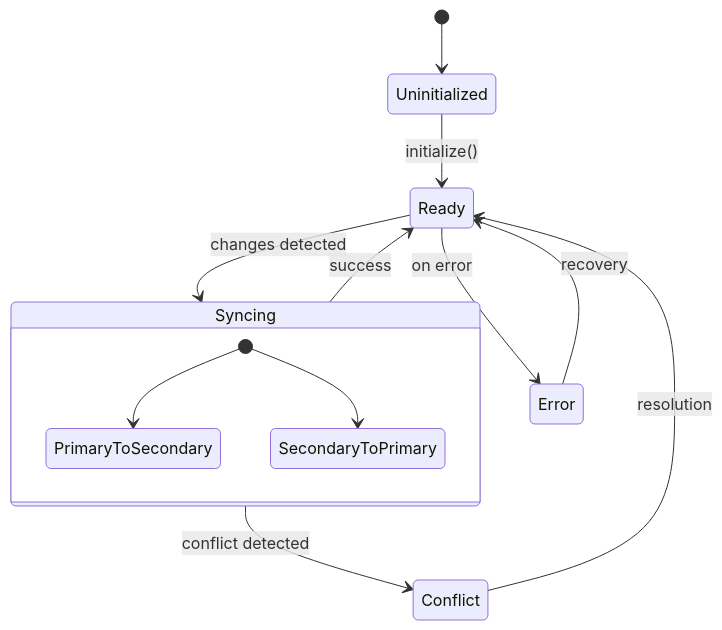
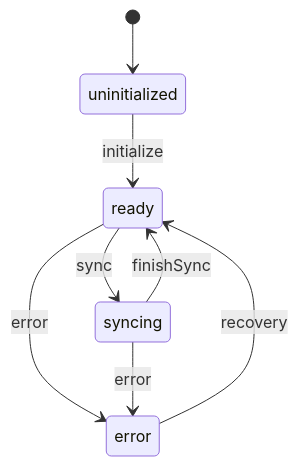
The fifth of 17 diagrams in packages/files-management/README.md (mrsimpson/piddie), drawn with Mermaid before and after one commit. The commit also changed other lines of this file and 11 other files, not shown here.

````diff
--- a/packages/files-management/README.md
+++ b/packages/files-management/README.md
@@ -137,17 +139,10 @@
 ```mermaid
 stateDiagram-v2
-    [*] --> Uninitialized
-    Uninitialized --> Ready: initialize()
-    Ready --> Syncing: changes detected
-
-    state Syncing {
-        [*] --> PrimaryToSecondary
-        [*] --> SecondaryToPrimary
-    }
-
-    Syncing --> Conflict: conflict detected
-    Syncing --> Ready: success
-    Conflict --> Ready: resolution
-    Ready --> Error: on error
-    Error --> Ready: recovery
+    [*] --> uninitialized
+    uninitialized --> ready: initialize
+    ready --> syncing: sync
+    syncing --> ready: finishSync
+    ready --> error: error
+    syncing --> error: error
+    error --> ready: recovery
 ```
````
